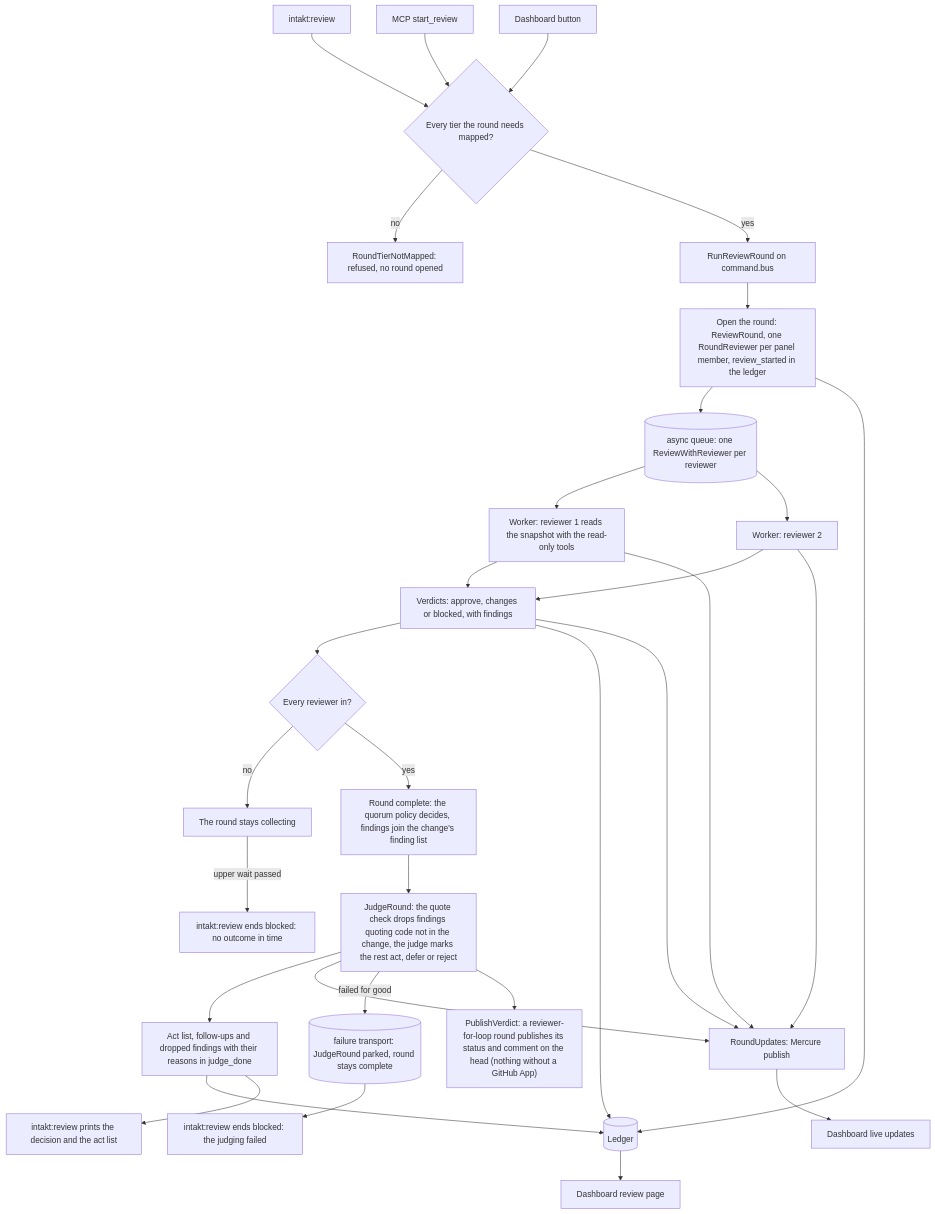
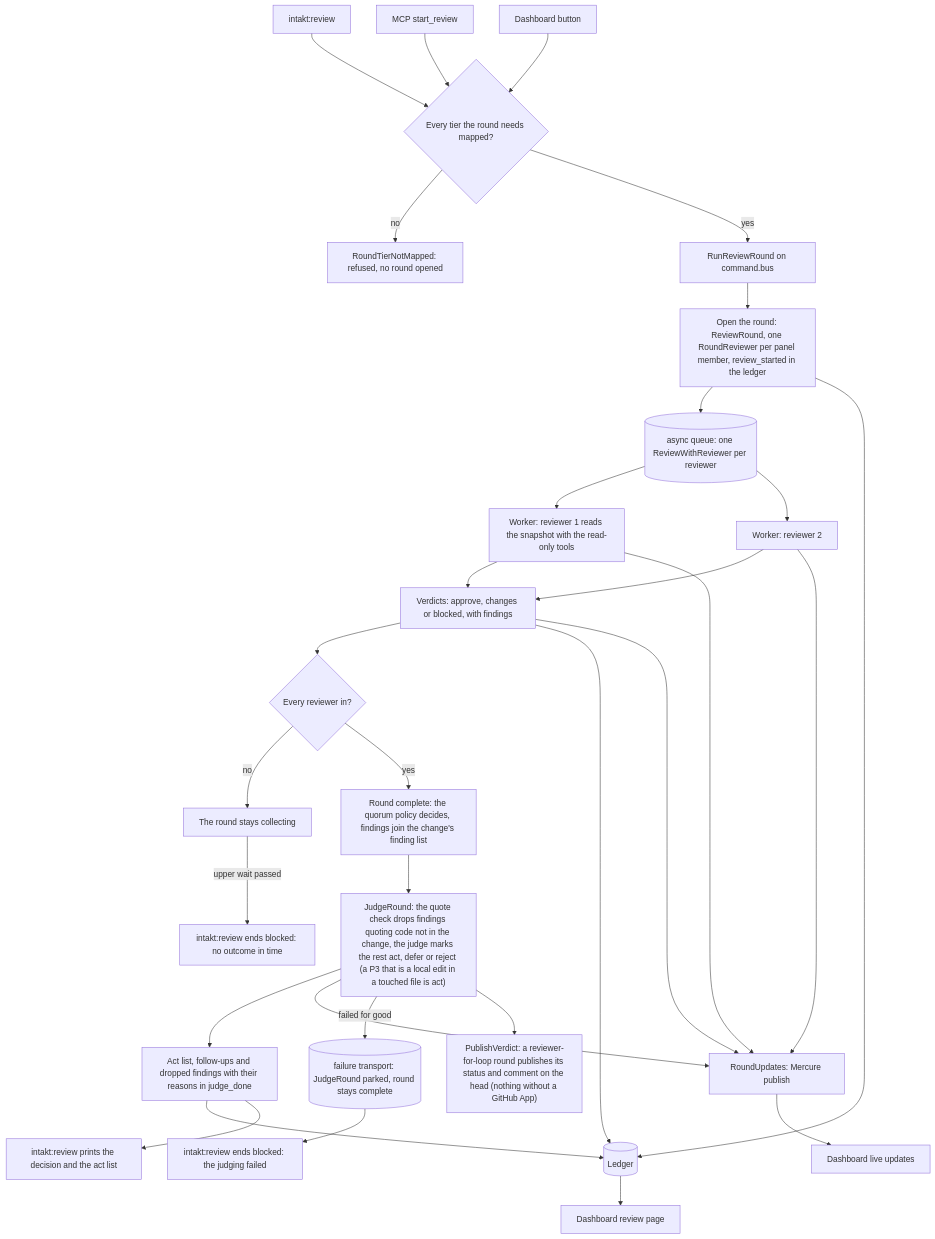
One commit to shinyredapples/intakt changed the diagram in docs/architecture/review-flow.md. Above: the diagram before and after it, drawn with Mermaid. The commit also changed 8 other files, not shown here.

Commit message:
feat(review): judge marks small P3 edits in touched files act; plan the polish round

````diff
--- a/docs/architecture/review-flow.md
+++ b/docs/architecture/review-flow.md
@@ -5,32 +5,32 @@
 ```mermaid
 flowchart TD
     cli["intakt:review"] --> start
     mcp["MCP start_review"] --> start
     btn["Dashboard button"] --> start
     start{"Every tier the round needs mapped?"} -->|no| refused["RoundTierNotMapped: refused, no round opened"]
     start -->|yes| run["RunReviewRound on command.bus"] --> open["Open the round: ReviewRound, one RoundReviewer per panel member, review_started in the ledger"]
     open --> queue[("async queue: one ReviewWithReviewer per reviewer")]
     queue --> w1["Worker: reviewer 1 reads the snapshot with the read-only tools"]
     queue --> w2["Worker: reviewer 2"]
     w1 --> verdicts["Verdicts: approve, changes or blocked, with findings"]
     w2 --> verdicts
     verdicts --> complete{"Every reviewer in?"}
     complete -->|no| wait["The round stays collecting"]
     complete -->|yes| quorum["Round complete: the quorum policy decides, findings join the change's finding list"]
-    quorum --> judge["JudgeRound: the quote check drops findings quoting code not in the change, the judge marks the rest act, defer or reject"]
+    quorum --> judge["JudgeRound: the quote check drops findings quoting code not in the change, the judge marks the rest act, defer or reject (a P3 that is a local edit in a touched file is act)"]
     judge --> act["Act list, follow-ups and dropped findings with their reasons in judge_done"]
     act --> ledger[("Ledger")]
     open --> ledger
     verdicts --> ledger
     ledger --> dash["Dashboard review page"]
     w1 --> updates["RoundUpdates: Mercure publish"]
     w2 --> updates
     verdicts --> updates
     judge --> updates
     updates --> live["Dashboard live updates"]
     act --> out["intakt:review prints the decision and the act list"]
     judge -->|failed for good| failed[("failure transport: JudgeRound parked, round stays complete")]
     failed --> outFailed["intakt:review ends blocked: the judging failed"]
     wait -->|upper wait passed| outLate["intakt:review ends blocked: no outcome in time"]
     judge --> publish["PublishVerdict: a reviewer-for-loop round publishes its status and comment on the head (nothing without a GitHub App)"]
 ```
````
